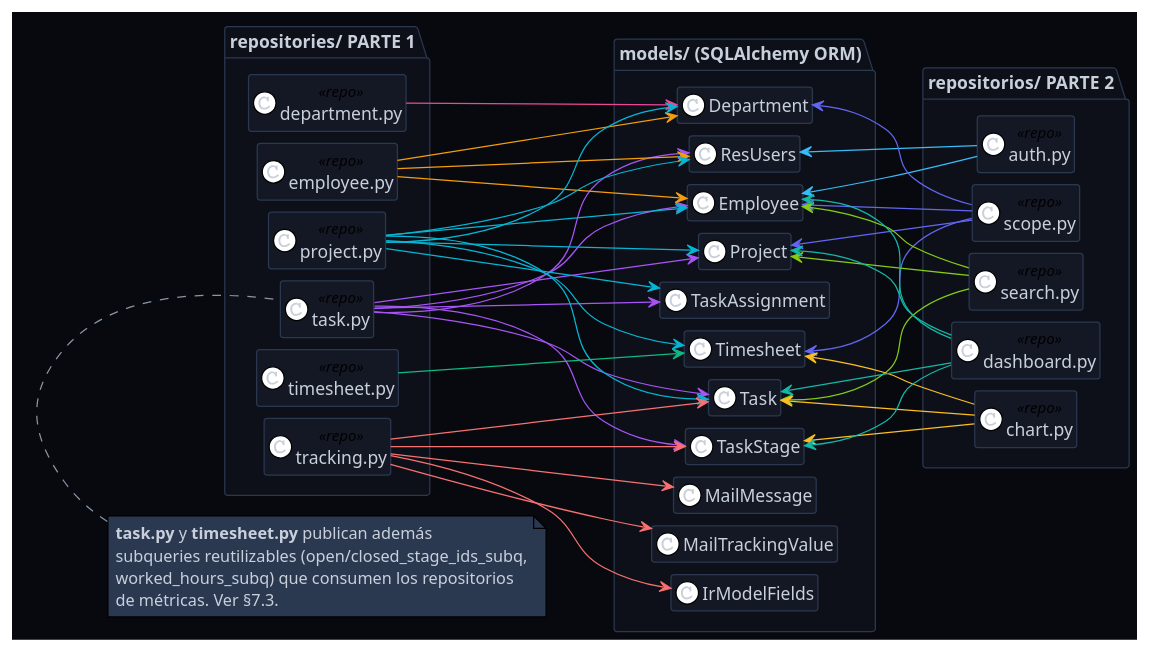
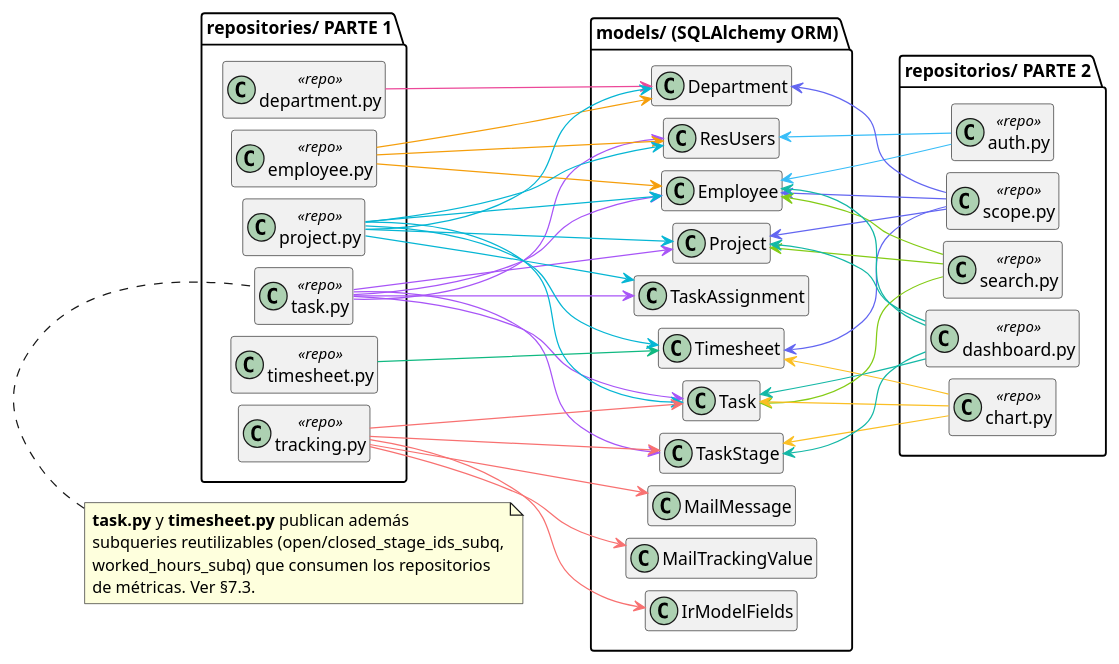
The diagram in Estudiantes/cesar-garcia-eguiguren/Capítulo-3/diagramas/diseño/repositorios-Modelos.puml (ceesargaarcia/GII-TFG-2026), drawn with PlantUML before and after one commit. The commit also changed 54 other files, not shown here.

```diff
--- a/Estudiantes/cesar-garcia-eguiguren/Capítulo-3/diagramas/diseño/repositorios-Modelos.puml
+++ b/Estudiantes/cesar-garcia-eguiguren/Capítulo-3/diagramas/diseño/repositorios-Modelos.puml
@@ -1,116 +1,105 @@
 @startuml d02a_repos_base
-!theme plain
 hide empty members
 left to right direction
-
-skinparam backgroundColor #07090f
-skinparam classBackgroundColor #141824
-skinparam classBorderColor #2a3850
-skinparam packageBackgroundColor #0d1018
-skinparam packageBorderColor #2a3850
-skinparam defaultFontColor #c8d0dc
-skinparam arrowColor #8896a8
-skinparam shadowing false
 skinparam nodesep 10
-skinparam NoteBackgroundColor #2a3850
 skinparam ranksep 70
 
 package "repositories/ PARTE 1" {
   class "task.py"        as T  <<repo>>
   class "timesheet.py"   as TS <<repo>>
   class "employee.py"    as E  <<repo>>
   class "department.py"  as D  <<repo>>
   class "project.py"     as P  <<repo>>
   class "tracking.py"    as TR <<repo>>
 }
 
 package "repositorios/ PARTE 2"{
   class "chart.py"       as C  <<repo>>
   class "dashboard.py"   as DB <<repo>>
   class "scope.py"       as S  <<repo>>
   class "auth.py"        as A  <<repo>>
   class "search.py"      as SE <<repo>>
 }
 
 package "models/ (SQLAlchemy ORM)" {
   class Task
   class TaskStage
   class TaskAssignment
   class Employee
   class ResUsers
   class Department
   class Project
   class Timesheet
   class MailMessage
   class MailTrackingValue
   class IrModelFields
 }
 
 ' auth.py → azul
 Employee <-[#38bdf8]- A
 ResUsers <-[#38bdf8]- A
 
 ' task.py → violeta (además expone subqueries, ver §7.3)
 T  -[#a855f7]-> Task
 T  -[#a855f7]-> TaskStage
 T  -[#a855f7]-> TaskAssignment
 T  -[#a855f7]-> Project
 T  -[#a855f7]-> Employee
 T  -[#a855f7]-> ResUsers
 
 ' timesheet.py → verde (expone worked_hours_subq)
 TS -[#10b981]-> Timesheet
 
 ' employee.py → naranja
 E  -[#f59e0b]-> Employee
 E  -[#f59e0b]-> Department
 E  -[#f59e0b]-> ResUsers
 
 ' department.py → rosa
 D  -[#ec4899]-> Department
 
 ' project.py → cian
 P  -[#06b6d4]-> Project
 P  -[#06b6d4]-> Task
 P  -[#06b6d4]-> Employee
 P  -[#06b6d4]-> Timesheet
 P  -[#06b6d4]-> TaskAssignment
 P  -[#06b6d4]-> ResUsers
 P  -[#06b6d4]-> Department
 
 ' scope.py → índigo (RBAC)
 Employee <-[#6366f1]- S
 Department <-[#6366f1]- S
 Project <-[#6366f1]- S
 Timesheet <-[#6366f1]- S
 
 ' search.py → lima
 Task <-[#84cc16]- SE
 Project <-[#84cc16]- SE
 Employee <-[#84cc16]- SE
 
 ' chart.py → amarillo
 Task <-[#fbbf24]- C
 TaskStage <-[#fbbf24]- C
 Timesheet <-[#fbbf24]- C
 
 ' dashboard.py → teal
 Task <-[#14b8a6]- DB
 TaskStage <-[#14b8a6]- DB
 Project <-[#14b8a6]- DB
 Employee <-[#14b8a6]- DB
 
 ' tracking.py → coral (historial de cambios de Odoo)
 TR -[#f87171]-> MailMessage
 TR -[#f87171]-> MailTrackingValue
 TR -[#f87171]-> IrModelFields
 TR -[#f87171]-> Task
 TR -[#f87171]-> TaskStage
 
 note top of T
   **task.py** y **timesheet.py** publican además
   subqueries reutilizables (open/closed_stage_ids_subq,
   worked_hours_subq) que consumen los repositorios
   de métricas. Ver §7.3.
 end note
 @enduml
```
